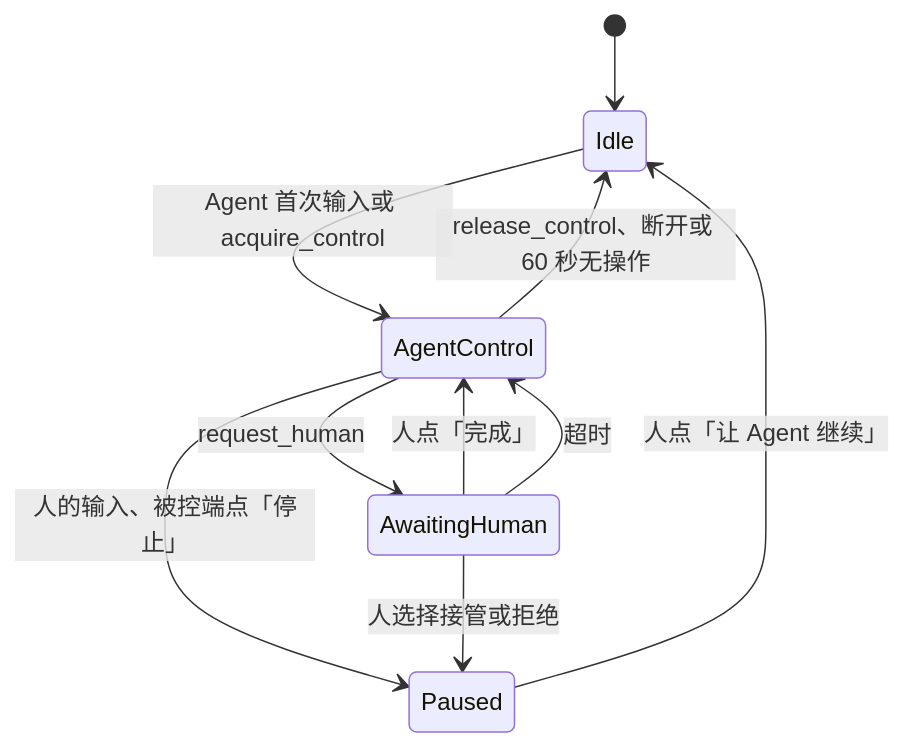
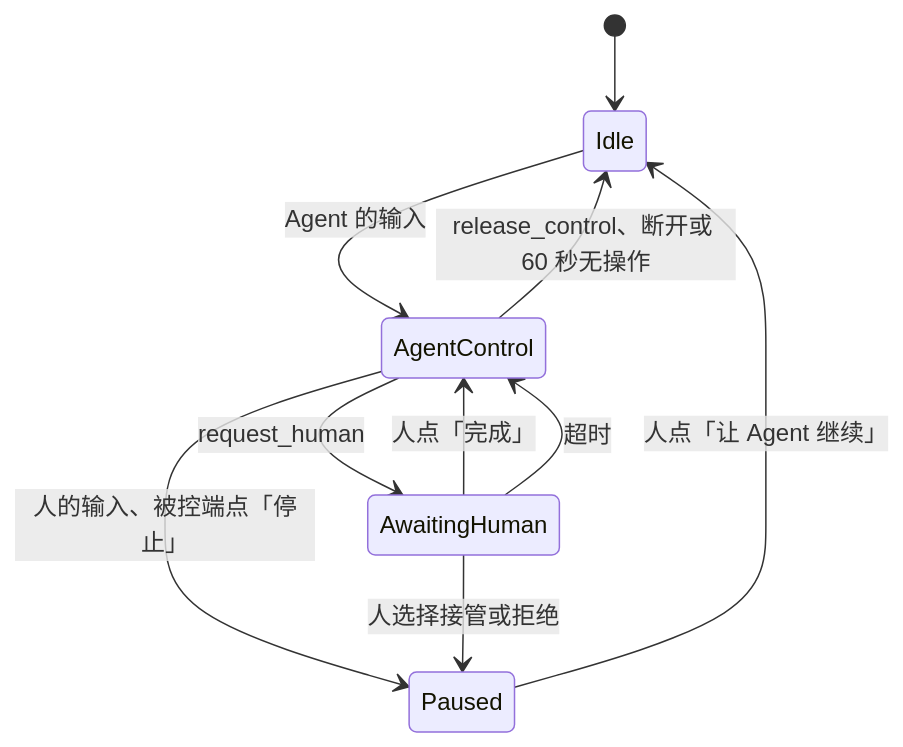
The diagram in docs/agent.md (Kizai/koko), drawn with Mermaid before and after one commit. The commit also changed other lines of this file and 19 other files, not shown here.

````diff
--- a/docs/agent.md
+++ b/docs/agent.md
@@ -79,12 +79,12 @@
 ```mermaid
 stateDiagram-v2
     [*] --> Idle
-    Idle --> AgentControl: Agent 首次输入或 acquire_control
+    Idle --> AgentControl: Agent 的输入
     AgentControl --> Idle: release_control、断开或 60 秒无操作
     AgentControl --> Paused: 人的输入、被控端点「停止」
     AgentControl --> AwaitingHuman: request_human
     AwaitingHuman --> AgentControl: 人点「完成」
     AwaitingHuman --> Paused: 人选择接管或拒绝
     AwaitingHuman --> AgentControl: 超时
     Paused --> Idle: 人点「让 Agent 继续」
 ```
````
